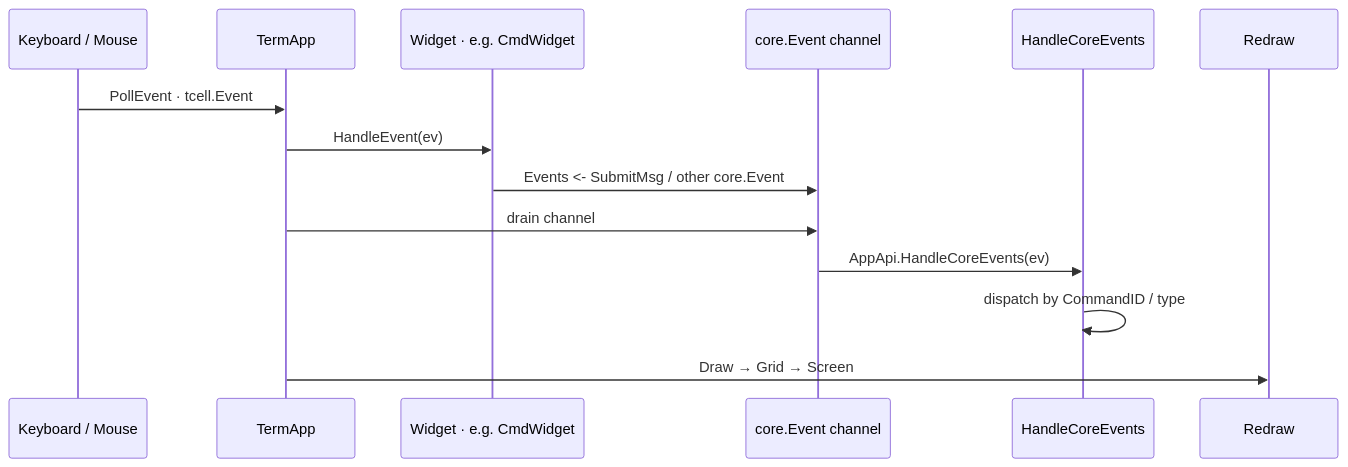
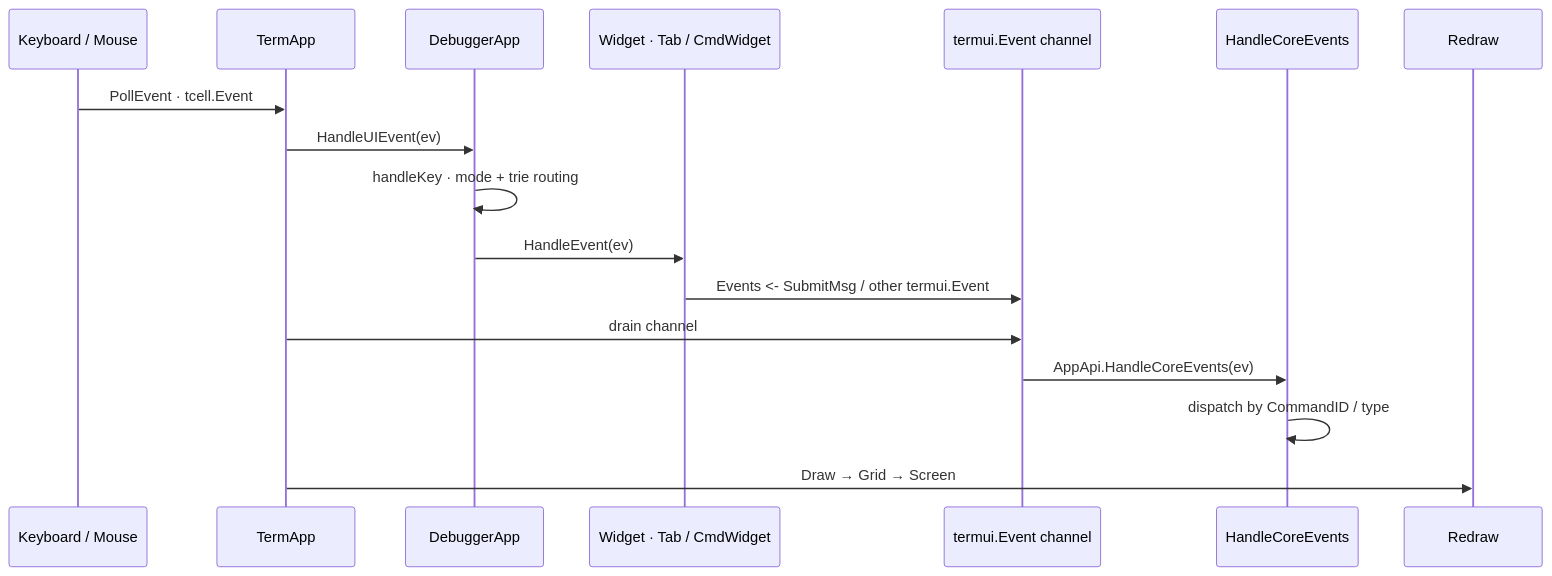
The third of 7 diagrams in docs/ARCHITECTURE.md (yairgd/gdbforge), drawn with Mermaid before and after one commit. The commit also changed other lines of this file and 18 other files, not shown here.

````diff
--- a/docs/ARCHITECTURE.md
+++ b/docs/ARCHITECTURE.md
@@ -110,17 +115,20 @@
 ```mermaid
 sequenceDiagram
     participant Input as Keyboard / Mouse
     participant App as TermApp
-    participant Widget as Widget · e.g. CmdWidget
-    participant Bus as core.Event channel
+    participant Dbg as DebuggerApp
+    participant Widget as Widget · Tab / CmdWidget
+    participant Bus as termui.Event channel
     participant Core as HandleCoreEvents
     participant Render as Redraw
 
     Input ->> App: PollEvent · tcell.Event
-    App ->> Widget: HandleEvent(ev)
-    Widget ->> Bus: Events <- SubmitMsg / other core.Event
+    App ->> Dbg: HandleUIEvent(ev)
+    Dbg ->> Dbg: handleKey · mode + trie routing
+    Dbg ->> Widget: HandleEvent(ev)
+    Widget ->> Bus: Events <- SubmitMsg / other termui.Event
     App ->> Bus: drain channel
     Bus ->> Core: AppApi.HandleCoreEvents(ev)
     Core ->> Core: dispatch by CommandID / type
     App ->> Render: Draw → Grid → Screen
 ```
````
